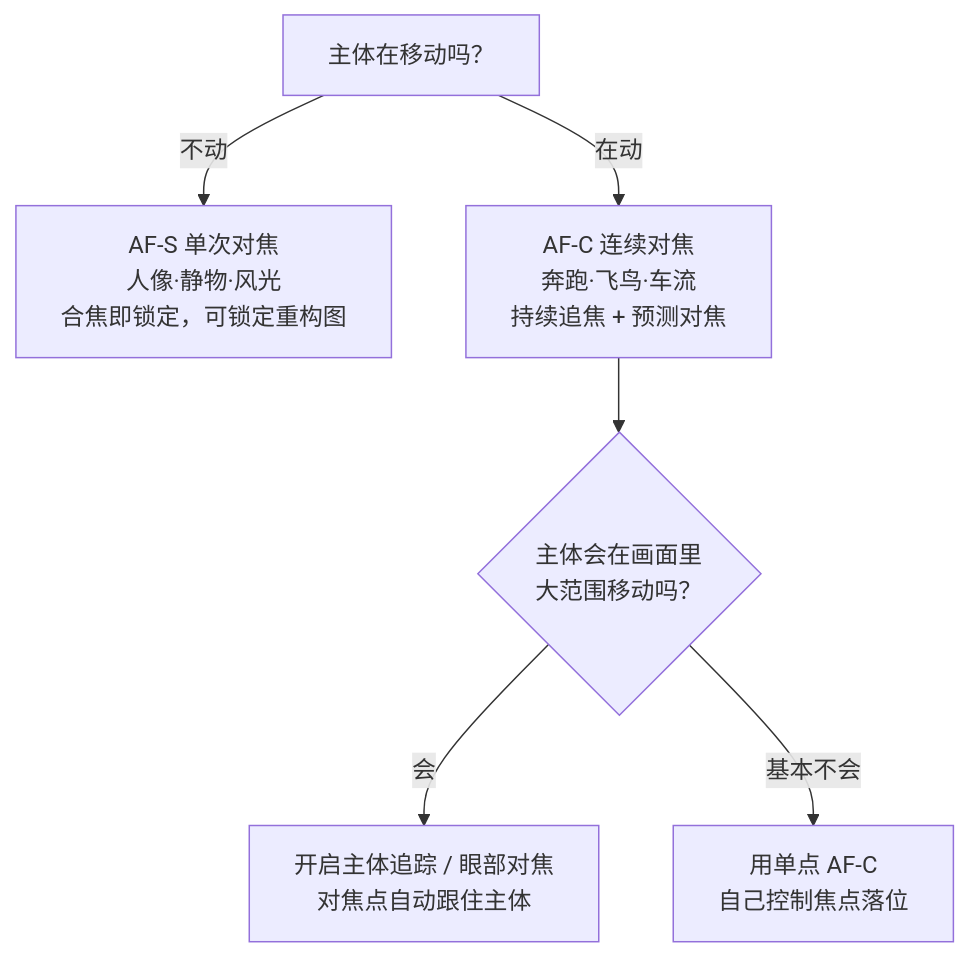
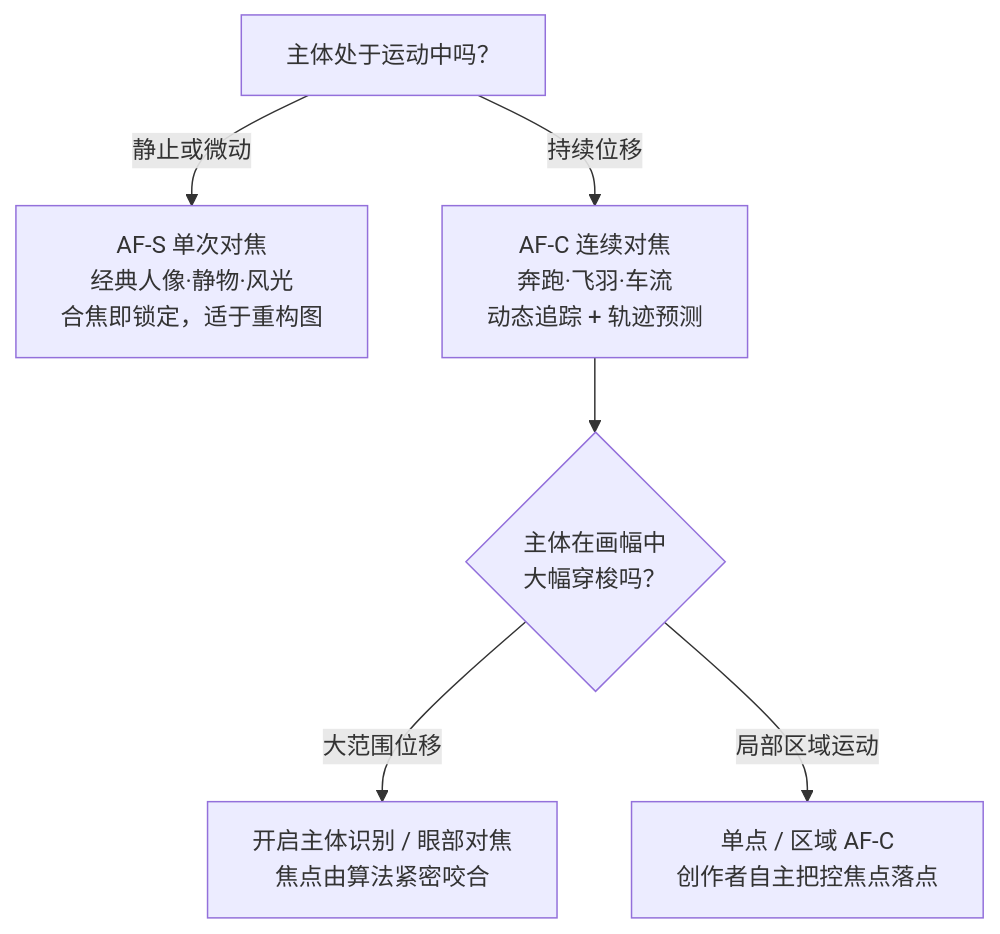
Before and after one commit to yingwang/photography-book: the second of 2 diagrams in docs/06-timing.md, drawn with Mermaid. The commit also changed other lines of this file, not shown here.

````diff
--- a/docs/06-timing.md
+++ b/docs/06-timing.md
@@ -141,8 +133,8 @@
 ```mermaid
 graph TD
-    A["主体在移动吗？"] -->|"不动"| B["AF-S 单次对焦<br/>人像·静物·风光<br/>合焦即锁定，可锁定重构图"]
-    A -->|"在动"| C["AF-C 连续对焦<br/>奔跑·飞鸟·车流<br/>持续追焦 + 预测对焦"]
-    C --> D{"主体会在画面里<br/>大范围移动吗？"}
-    D -->|"会"| E["开启主体追踪 / 眼部对焦<br/>对焦点自动跟住主体"]
-    D -->|"基本不会"| F["用单点 AF-C<br/>自己控制焦点落位"]
+    A["主体处于运动中吗？"] -->|"静止或微动"| B["AF-S 单次对焦<br/>经典人像·静物·风光<br/>合焦即锁定，适于重构图"]
+    A -->|"持续位移"| C["AF-C 连续对焦<br/>奔跑·飞羽·车流<br/>动态追踪 + 轨迹预测"]
+    C --> D{"主体在画幅中<br/>大幅穿梭吗？"}
+    D -->|"大范围位移"| E["开启主体识别 / 眼部对焦<br/>焦点由算法紧密咬合"]
+    D -->|"局部区域运动"| F["单点 / 区域 AF-C<br/>创作者自主把控焦点落点"]
 ```
````
